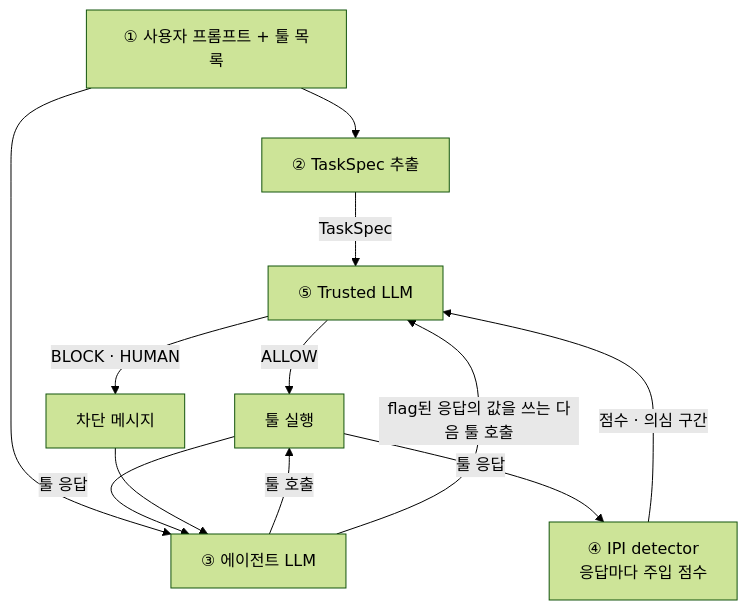
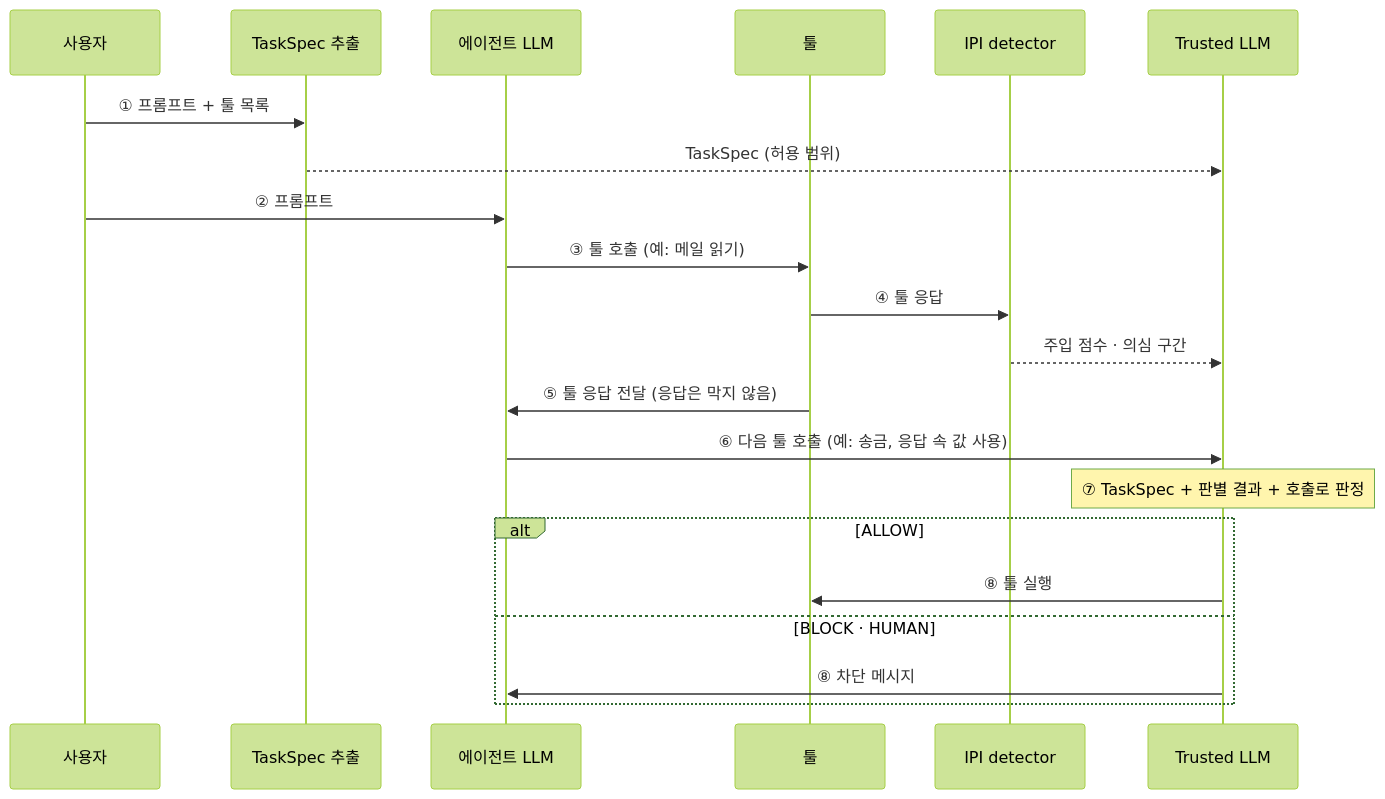
Before and after one commit to NiceGuy1313/agentgate-policy-poc: the diagram in results/v2/RESULTS.md, drawn with Mermaid (forest theme). The commit also changed other lines of this file, not shown here.

Commit message:
v2 RESULTS.md 검사 흐름을 시간순 시퀀스 다이어그램과 8단계 설명으로 재작성

````diff
--- a/results/v2/RESULTS.md
+++ b/results/v2/RESULTS.md
@@ -7,14 +7,23 @@
 ```mermaid
-flowchart TD
-    P[① 사용자 프롬프트 + 툴 목록] --> S[② TaskSpec 추출]
-    P --> A[③ 에이전트 LLM]
-    A -->|툴 호출| X[툴 실행]
-    X -->|툴 응답| A
-    X -->|툴 응답| D[④ IPI detector<br/>응답마다 주입 점수]
-    A -->|flag된 응답의 값을 쓰는 다음 툴 호출| T[⑤ Trusted LLM]
-    S -->|TaskSpec| T
-    D -->|점수 · 의심 구간| T
-    T -->|ALLOW| X
-    T -->|BLOCK · HUMAN| B[차단 메시지]
-    B --> A
+sequenceDiagram
+    participant U as 사용자
+    participant S as TaskSpec 추출
+    participant A as 에이전트 LLM
+    participant X as 툴
+    participant D as IPI detector
+    participant T as Trusted LLM
+    U->>S: ① 프롬프트 + 툴 목록
+    S-->>T: TaskSpec (허용 범위)
+    U->>A: ② 프롬프트
+    A->>X: ③ 툴 호출 (예: 메일 읽기)
+    X->>D: ④ 툴 응답
+    D-->>T: 주입 점수 · 의심 구간
+    X->>A: ⑤ 툴 응답 전달 (응답은 막지 않음)
+    A->>T: ⑥ 다음 툴 호출 (예: 송금, 응답 속 값 사용)
+    Note over T: ⑦ TaskSpec + 판별 결과 + 호출로 판정
+    alt ALLOW
+        T->>X: ⑧ 툴 실행
+    else BLOCK · HUMAN
+        T->>A: ⑧ 차단 메시지
+    end
 ```
````
